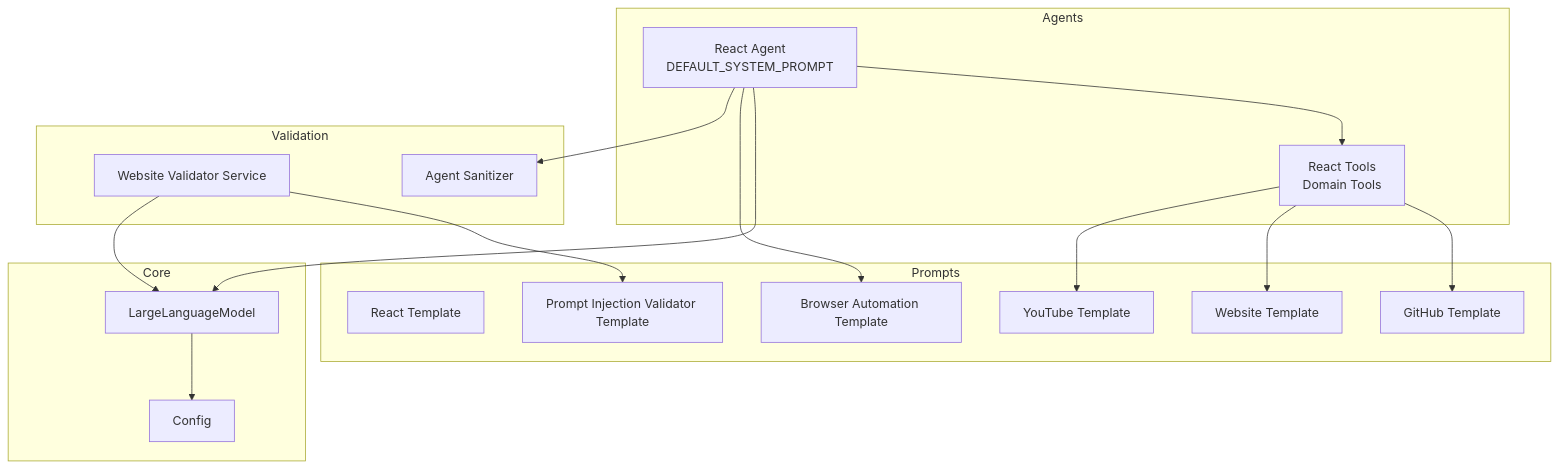
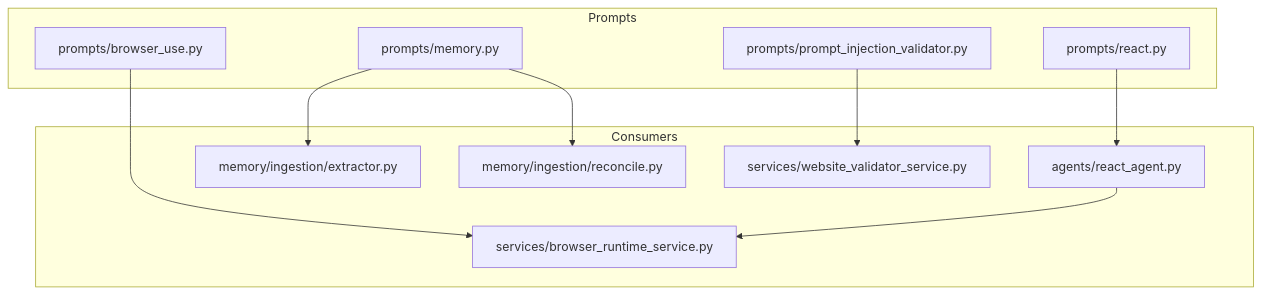
Before and after one commit to tashifkhan/tashif.codes: the first of 7 diagrams in src/data/docs/agentic-browser/AI Agent System/Prompt Engineering System.md, drawn with Mermaid. The commit also changed other lines of this file and 114 other files, not shown here.

````diff
--- a/src/data/docs/agentic-browser/AI Agent System/Prompt Engineering System.md
+++ b/src/data/docs/agentic-browser/AI Agent System/Prompt Engineering System.md
@@ -14,33 +14,22 @@
 ```mermaid
 graph TB
-subgraph "Agents"
-RA["React Agent<br/>DEFAULT_SYSTEM_PROMPT"]
-RT["React Tools<br/>Domain Tools"]
-end
-subgraph "Prompts"
-PR["React Template"]
-PG["GitHub Template"]
-PW["Website Template"]
-PY["YouTube Template"]
-PB["Browser Automation Template"]
-PV["Prompt Injection Validator Template"]
-end
-subgraph "Validation"
-SV["Website Validator Service"]
-SAN["Agent Sanitizer"]
-end
-subgraph "Core"
-LLM["LargeLanguageModel"]
-CFG["Config"]
-end
-RA --> RT
-RA --> LLM
-RT --> PG
-RT --> PW
-RT --> PY
-RA --> PB
-SV --> PV
-SV --> LLM
-RA --> SAN
-LLM --> CFG
+  subgraph Prompts
+    PR["prompts/react.py"]
+    PB["prompts/browser_use.py"]
+    PM["prompts/memory.py"]
+    PV["prompts/prompt_injection_validator.py"]
+  end
+  subgraph Consumers
+    RA["agents/react_agent.py"]
+    BR["services/browser_runtime_service.py"]
+    MI["memory/ingestion/extractor.py"]
+    MR["memory/ingestion/reconcile.py"]
+    WV["services/website_validator_service.py"]
+  end
+  PR --> RA
+  PB --> BR
+  PM --> MI
+  PM --> MR
+  PV --> WV
+  RA --> BR
 ```
````
